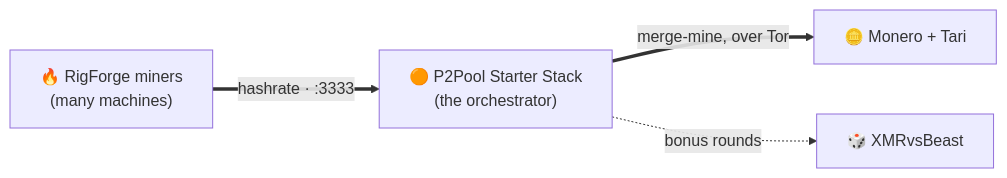
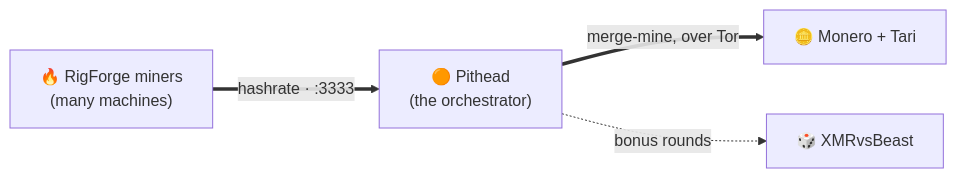
Before and after one commit to p2pool-starter-stack/.github: the diagram in profile/README.md, drawn with Mermaid. The commit also changed other lines of this file, not shown here.

Commit message:
Point profile references at Pithead (orchestrator repo renamed)

````diff
--- a/profile/README.md
+++ b/profile/README.md
@@ -37,6 +37,6 @@
 ```mermaid
 flowchart LR
-    Rigs["🔥 RigForge miners<br/>(many machines)"] ==>|"hashrate · :3333"| Orc["🟠 P2Pool Starter Stack<br/>(the orchestrator)"]
+    Rigs["🔥 RigForge miners<br/>(many machines)"] ==>|"hashrate · :3333"| Orc["🟠 Pithead<br/>(the orchestrator)"]
     Orc ==>|"merge-mine, over Tor"| Chains["🪙 Monero + Tari"]
     Orc -.->|"bonus rounds"| XvB["🎲 XMRvsBeast"]
 ```
````
